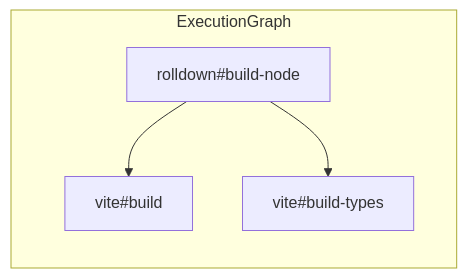
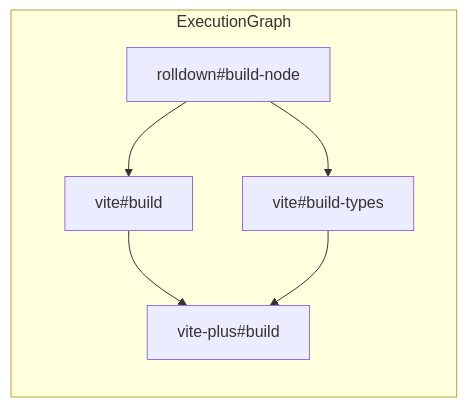
One commit to RSS1102/vite-task changed the second of 4 diagrams in docs/rfcs/run-many.md. Above: the diagram before and after it, drawn with Mermaid. The commit also changed other lines of this file, not shown here.

Commit message:
docs(rfc): lead with run-many, switch composition diagram to left-to-right

````diff
--- a/docs/rfcs/run-many.md
+++ b/docs/rfcs/run-many.md
@@ -13,8 +39,10 @@
 ```mermaid
 flowchart TD
   subgraph G["ExecutionGraph"]
     direction TB
     rn[rolldown#build-node] --> vb[vite#build]
     rn --> vbt[vite#build-types]
+    vb --> vp[vite-plus#build]
+    vbt --> vp
   end
 ```
````
